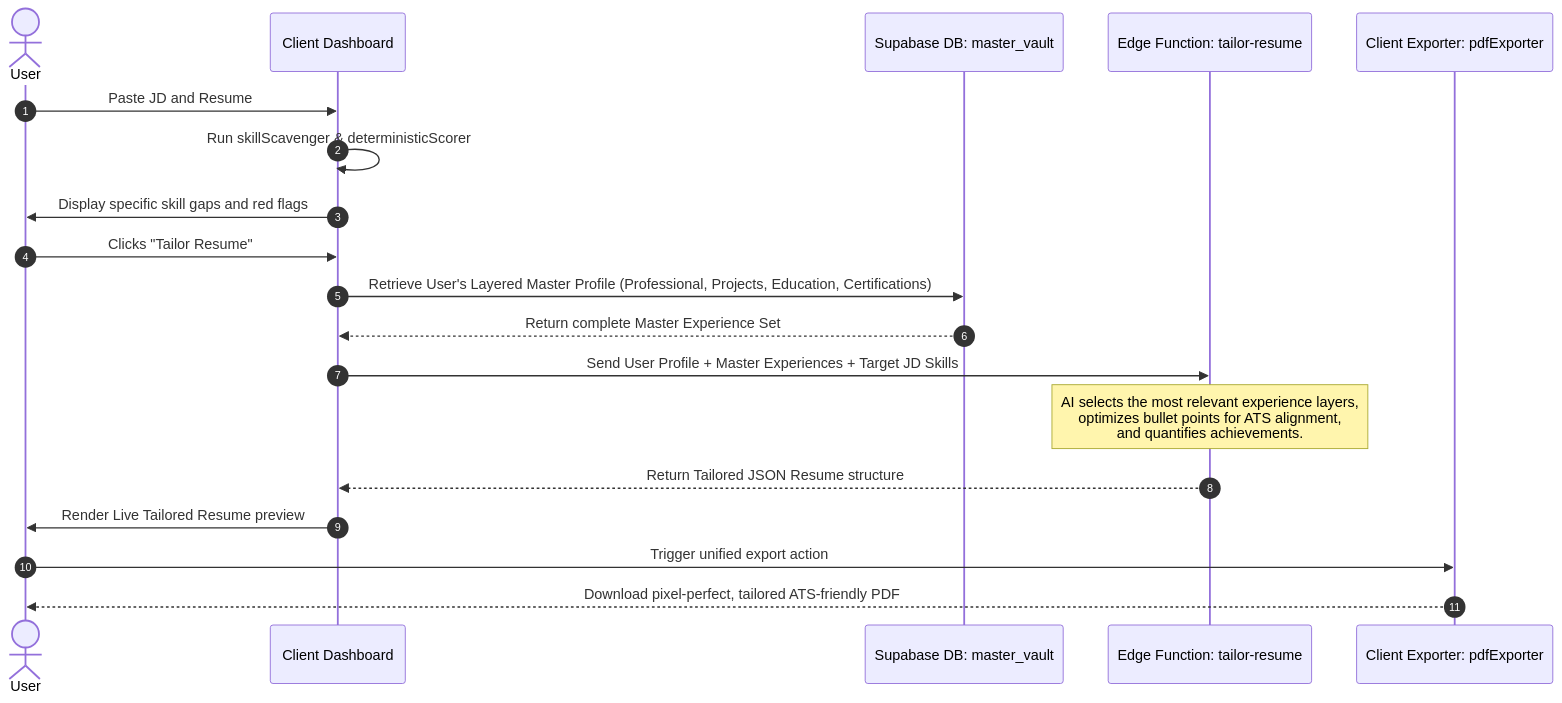
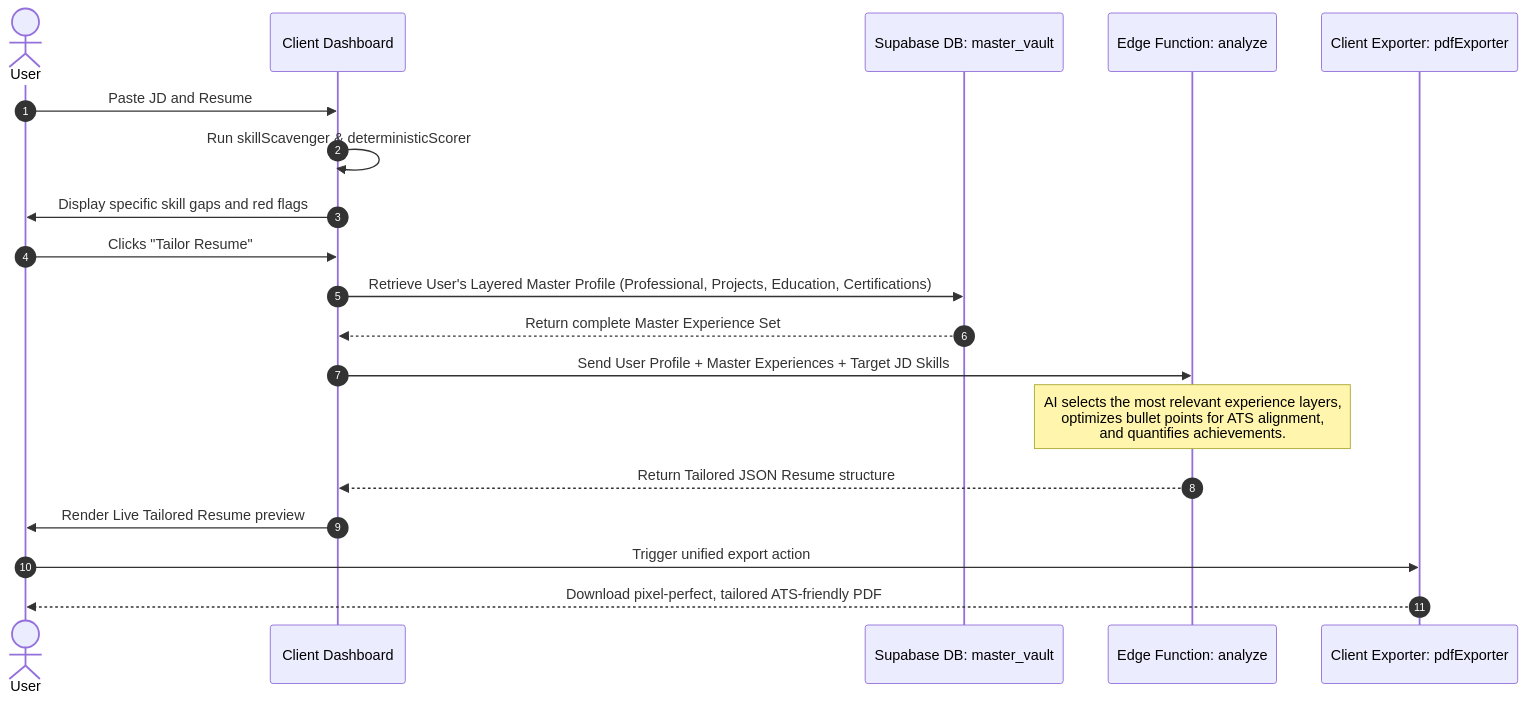
The third of 3 diagrams in ARCHITECTURE.md (Amruth011/lumina-project-220), drawn with Mermaid before and after one commit. The commit also changed other lines of this file, not shown here.

Commit message:
docs: add detailed resume generation and tailoring pipeline explanation to ARCHITECTURE.md

````diff
--- a/ARCHITECTURE.md
+++ b/ARCHITECTURE.md
@@ -153,22 +179,22 @@
 ```mermaid
 sequenceDiagram
     autonumber
     actor User
     participant App as Client Dashboard
     participant Vault as Supabase DB: master_vault
-    participant AI as Edge Function: tailor-resume
+    participant AI as Edge Function: analyze
     participant Exporter as Client Exporter: pdfExporter
 
     User->>App: Paste JD and Resume
     App->>App: Run skillScavenger & deterministicScorer
     App->>User: Display specific skill gaps and red flags
     User->>App: Clicks "Tailor Resume"
     App->>Vault: Retrieve User's Layered Master Profile (Professional, Projects, Education, Certifications)
     Vault-->>App: Return complete Master Experience Set
     App->>AI: Send User Profile + Master Experiences + Target JD Skills
     Note over AI: AI selects the most relevant experience layers,<br/>optimizes bullet points for ATS alignment,<br/>and quantifies achievements.
     AI-->>App: Return Tailored JSON Resume structure
     App->>User: Render Live Tailored Resume preview
     User->>Exporter: Trigger unified export action
     Exporter-->>User: Download pixel-perfect, tailored ATS-friendly PDF
 ```
````
